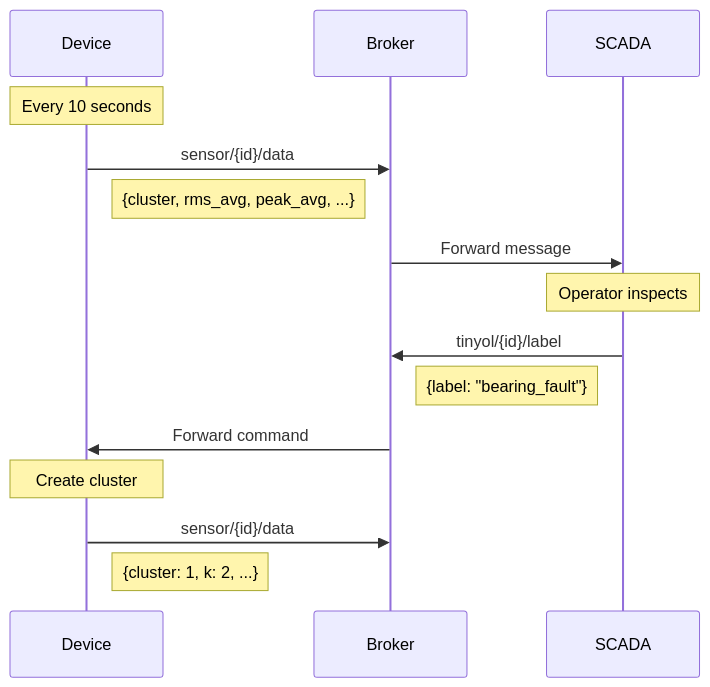
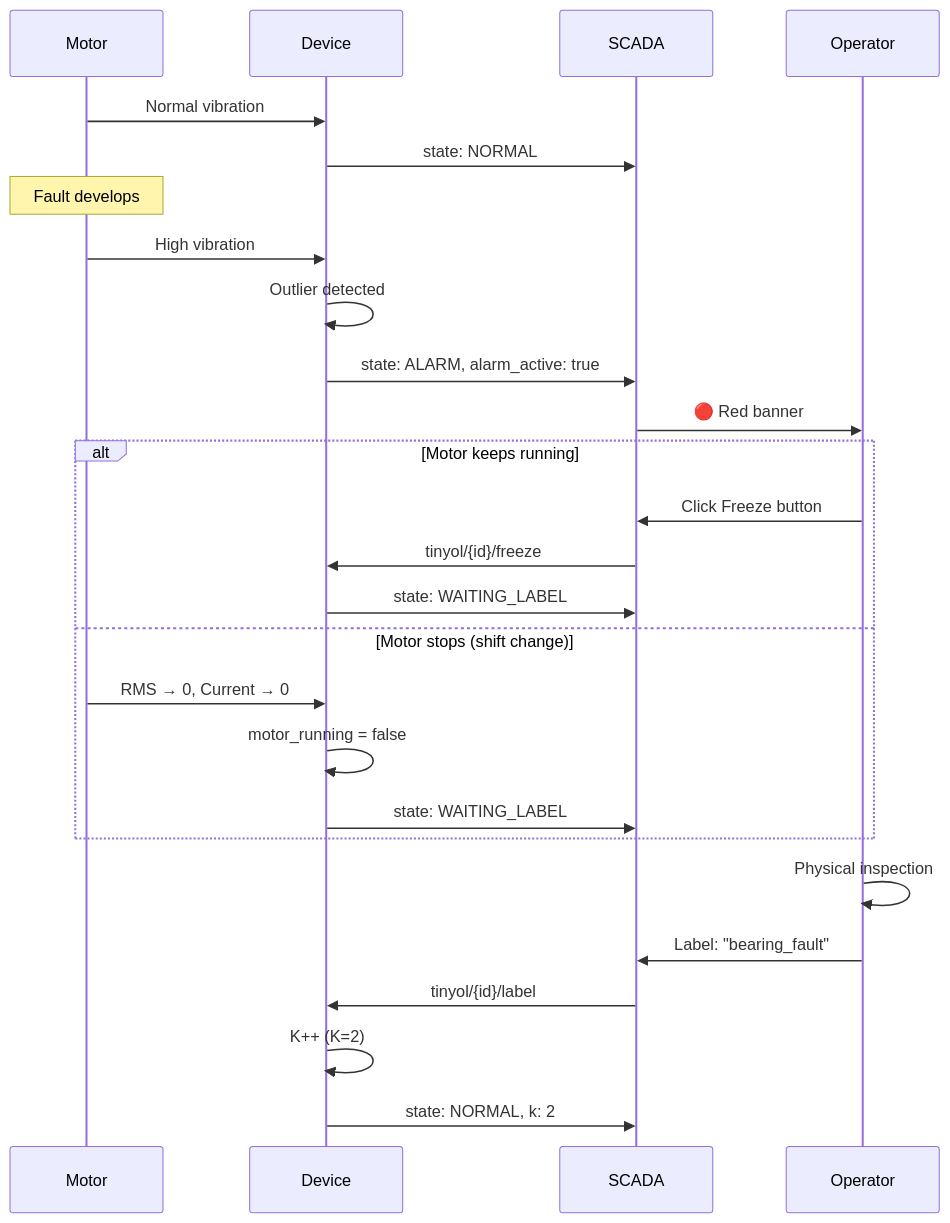
Before and after one commit to leekaize/tinyol-hitl: the fifth of 6 diagrams in docs/ARCHITECTURE.md, drawn with Mermaid. The commit also changed other lines of this file and 8 other files, not shown here.

````diff
--- a/docs/ARCHITECTURE.md
+++ b/docs/ARCHITECTURE.md
@@ -164,22 +175,33 @@
 ```mermaid
 sequenceDiagram
-    participant Device
-    participant Broker
-    participant SCADA
+    participant M as Motor
+    participant D as Device
+    participant S as SCADA
+    participant O as Operator
 
-    Note over Device: Every 10 seconds
-    Device->>Broker: sensor/{id}/data
-    Note right of Device: {cluster, rms_avg, peak_avg, ...}
+    M->>D: Normal vibration
+    D->>S: state: NORMAL
 
-    Broker->>SCADA: Forward message
+    Note over M: Fault develops
 
-    Note over SCADA: Operator inspects
-    SCADA->>Broker: tinyol/{id}/label
-    Note left of SCADA: {label: "bearing_fault"}
+    M->>D: High vibration
+    D->>D: Outlier detected
+    D->>S: state: ALARM, alarm_active: true
+    S->>O: 🔴 Red banner
 
-    Broker->>Device: Forward command
+    alt Motor keeps running
+        O->>S: Click Freeze button
+        S->>D: tinyol/{id}/freeze
+        D->>S: state: WAITING_LABEL
+    else Motor stops (shift change)
+        M->>D: RMS → 0, Current → 0
+        D->>D: motor_running = false
+        D->>S: state: WAITING_LABEL
+    end
 
-    Note over Device: Create cluster
-    Device->>Broker: sensor/{id}/data
-    Note right of Device: {cluster: 1, k: 2, ...}
+    O->>O: Physical inspection
+    O->>S: Label: "bearing_fault"
+    S->>D: tinyol/{id}/label
+    D->>D: K++ (K=2)
+    D->>S: state: NORMAL, k: 2
 ```
````
